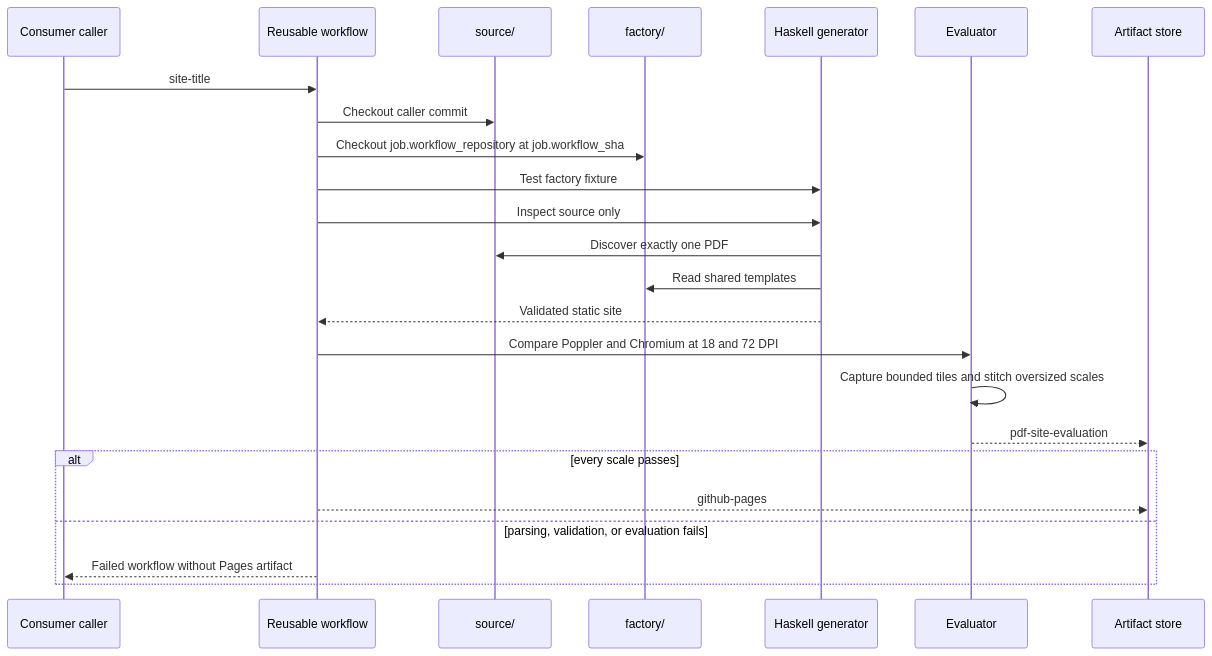
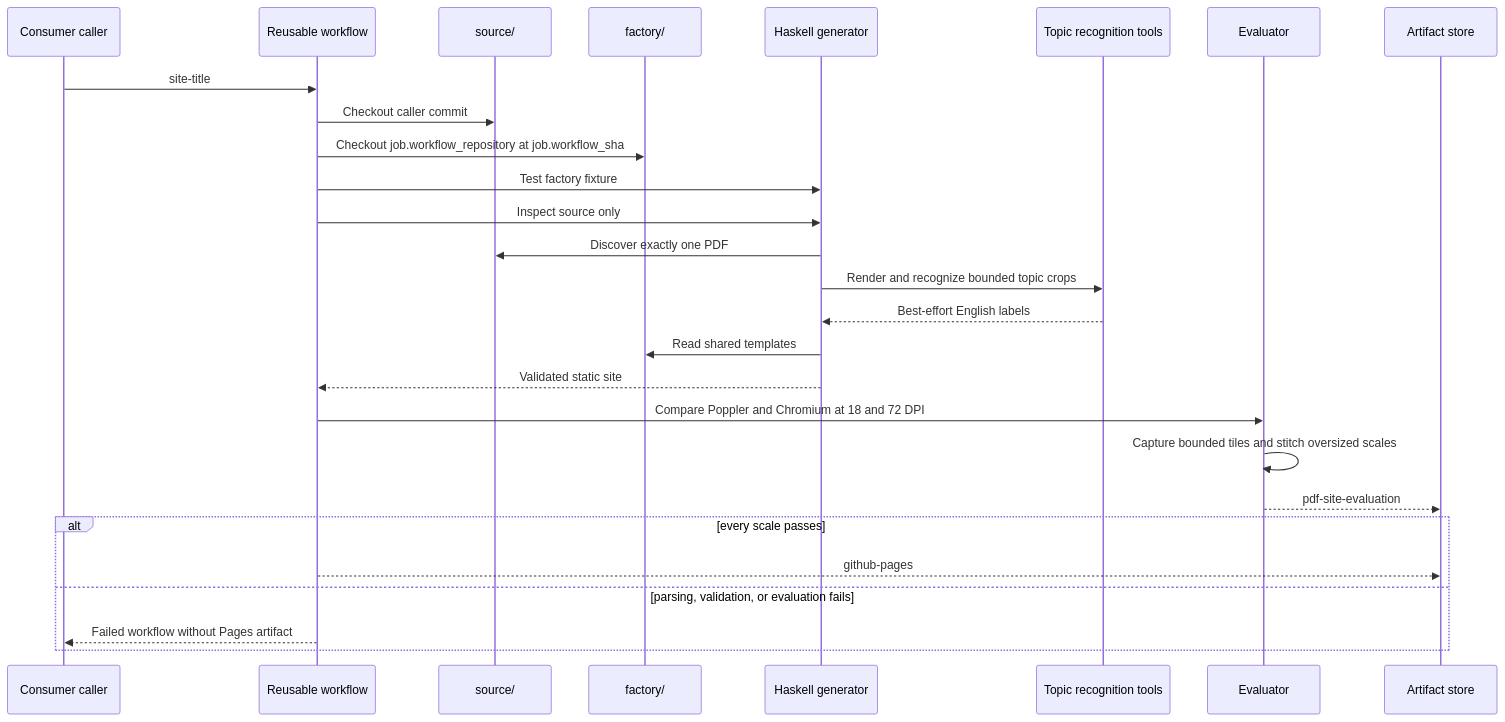
The second of 3 diagrams in docs/architecture.md (bajor/notes-website-factory), drawn with Mermaid before and after one commit. The commit also changed other lines of this file and 11 other files, not shown here.

````diff
--- a/docs/architecture.md
+++ b/docs/architecture.md
@@ -44,27 +46,30 @@
 ```mermaid
 sequenceDiagram
   participant C as Consumer caller
   participant W as Reusable workflow
   participant S as source/
   participant F as factory/
   participant G as Haskell generator
+  participant O as Topic recognition tools
   participant E as Evaluator
   participant A as Artifact store
 
   C->>W: site-title
   W->>S: Checkout caller commit
   W->>F: Checkout job.workflow_repository at job.workflow_sha
   W->>G: Test factory fixture
   W->>G: Inspect source only
   G->>S: Discover exactly one PDF
+  G->>O: Render and recognize bounded topic crops
+  O-->>G: Best-effort English labels
   G->>F: Read shared templates
   G-->>W: Validated static site
   W->>E: Compare Poppler and Chromium at 18 and 72 DPI
   E->>E: Capture bounded tiles and stitch oversized scales
   E-->>A: pdf-site-evaluation
   alt every scale passes
     W-->>A: github-pages
   else parsing, validation, or evaluation fails
     W-->>C: Failed workflow without Pages artifact
   end
 ```
````
